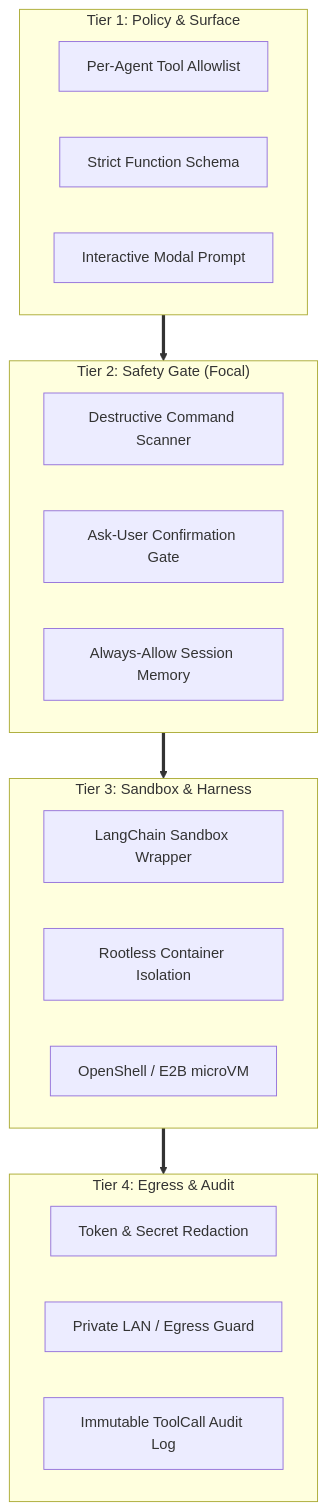
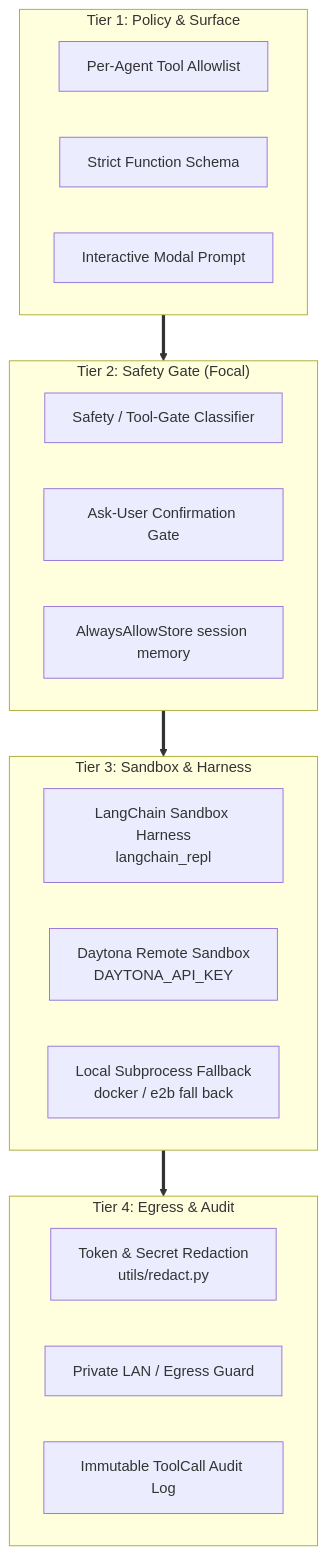
Before and after one commit to matthewhand/operating-swarm: the eighth of 8 diagrams in docs/diagrams/README.md, drawn with Mermaid. The commit also changed other lines of this file and 1784 other files, not shown here.

````diff
--- a/docs/diagrams/README.md
+++ b/docs/diagrams/README.md
@@ -269,29 +430,29 @@
 ```mermaid
 flowchart TD
     subgraph T1 ["Tier 1: Policy & Surface"]
         direction LR
         Allowlist["Per-Agent Tool Allowlist"]
         Schema["Strict Function Schema"]
         Approval["Interactive Modal Prompt"]
     end
     subgraph T2 ["Tier 2: Safety Gate (Focal)"]
         direction LR
-        Classifier["Destructive Command Scanner"]
+        Classifier["Safety / Tool-Gate Classifier"]
         Confirm["Ask-User Confirmation Gate"]
-        Cache["Always-Allow Session Memory"]
+        Cache["AlwaysAllowStore session memory"]
     end
     subgraph T3 ["Tier 3: Sandbox & Harness"]
         direction LR
-        LangChain["LangChain Sandbox Wrapper"]
-        Docker["Rootless Container Isolation"]
-        OpenShell["OpenShell / E2B microVM"]
+        LangChain["LangChain Sandbox Harness<br/>langchain_repl"]
+        Daytona["Daytona Remote Sandbox<br/>DAYTONA_API_KEY"]
+        Local["Local Subprocess Fallback<br/>docker / e2b fall back"]
     end
     subgraph T4 ["Tier 4: Egress & Audit"]
         direction LR
-        Redact["Token & Secret Redaction"]
+        Redact["Token & Secret Redaction<br/>utils/redact.py"]
         Firewall["Private LAN / Egress Guard"]
         Audit["Immutable ToolCall Audit Log"]
     end
 
     T1 ==> T2 ==> T3 ==> T4
 ```
````
